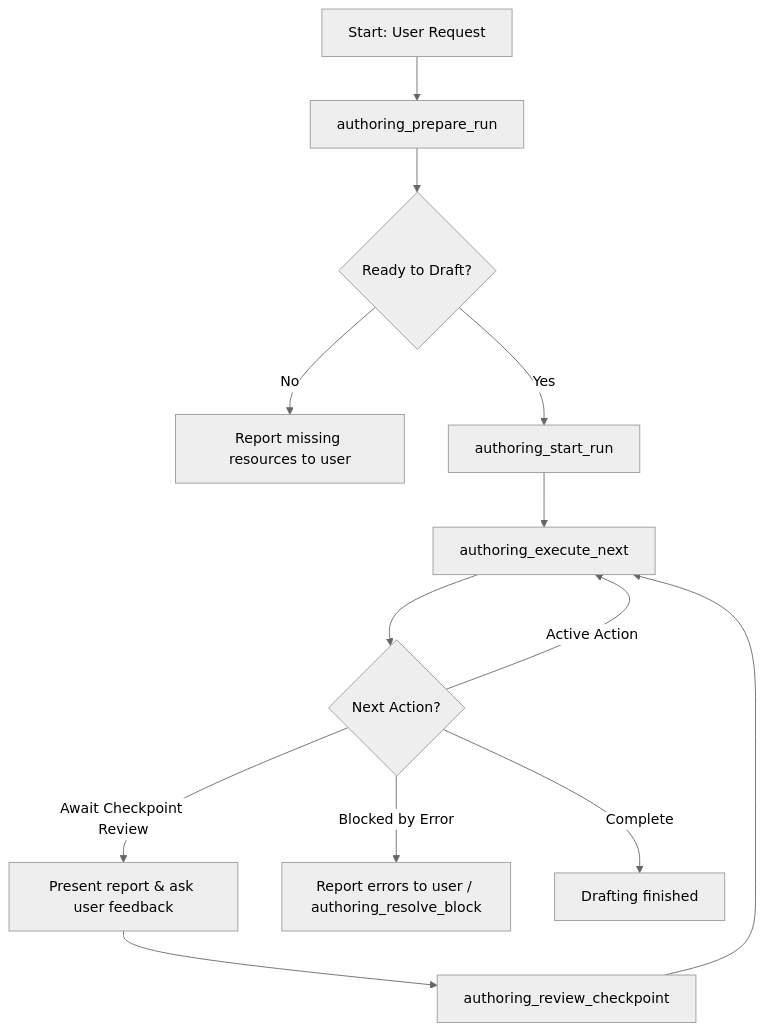
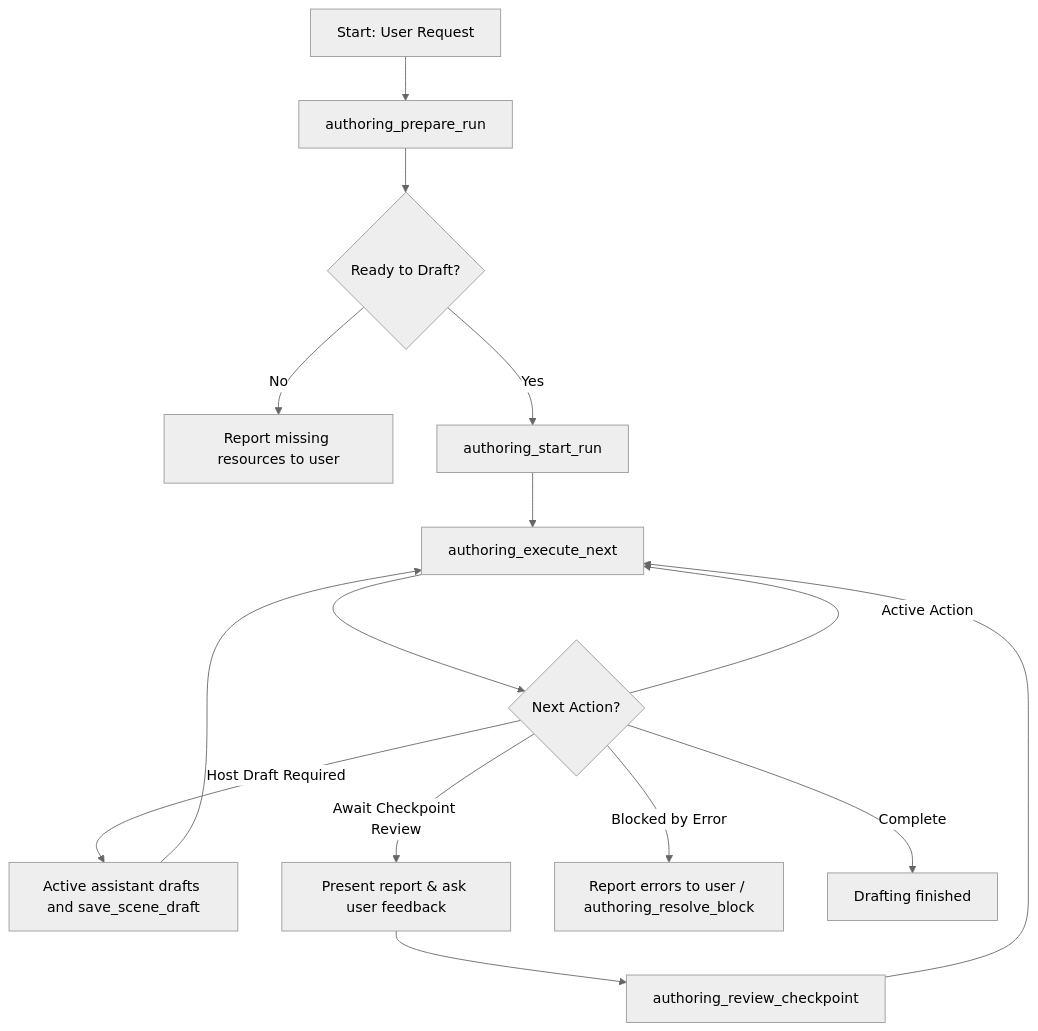
The diagram in docs/authoring-supervisor.md (VerifiedOrganic/spindle), drawn with Mermaid (neutral theme) before and after one commit. The commit also changed other lines of this file and 6 other files, not shown here.

````diff
--- a/docs/authoring-supervisor.md
+++ b/docs/authoring-supervisor.md
@@ -40,15 +40,17 @@
 ```mermaid
 graph TD
     A[Start: User Request] --> B[authoring_prepare_run]
     B --> C{Ready to Draft?}
     C -- No --> D[Report missing resources to user]
     C -- Yes --> E[authoring_start_run]
     E --> F[authoring_execute_next]
     F --> G{Next Action?}
+    G -- Host Draft Required --> L[Active assistant drafts and save_scene_draft]
+    L --> F
     G -- Active Action --> F
     G -- Await Checkpoint Review --> H[Present report & ask user feedback]
     H --> I[authoring_review_checkpoint]
     I --> F
     G -- Blocked by Error --> J[Report errors to user / authoring_resolve_block]
     G -- Complete --> K[Drafting finished]
 ```
````
